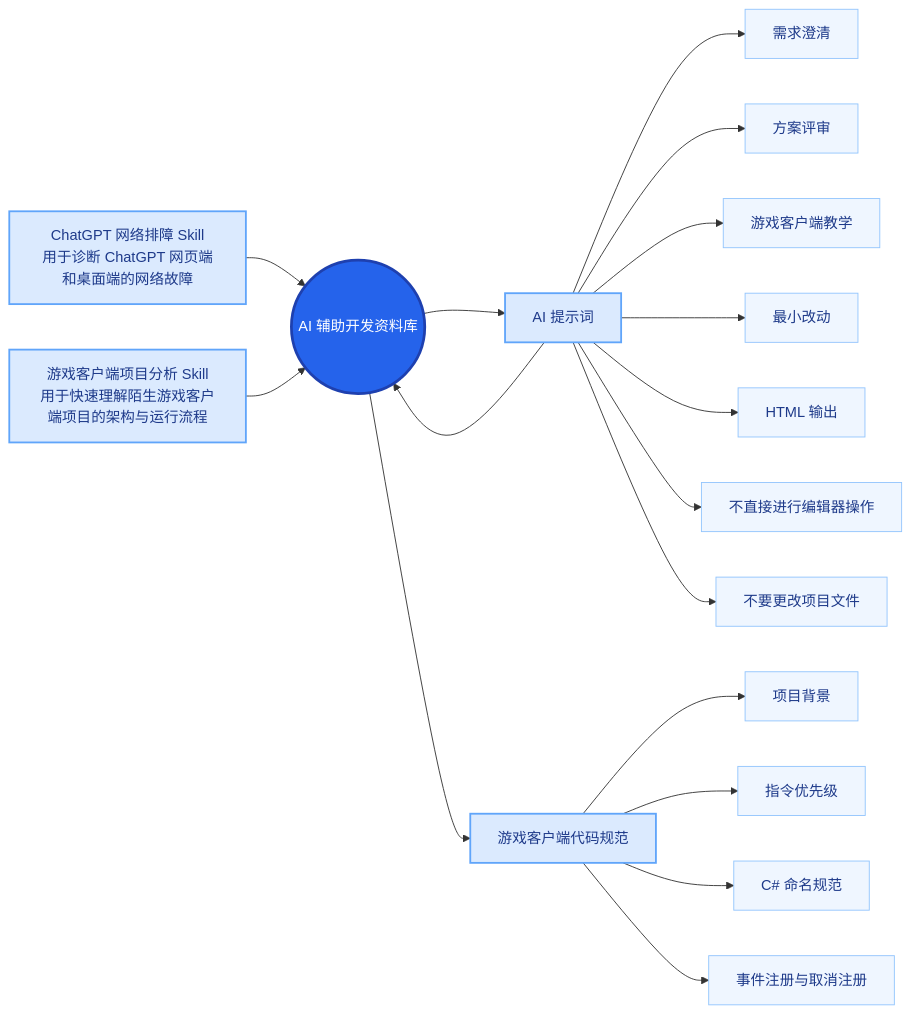
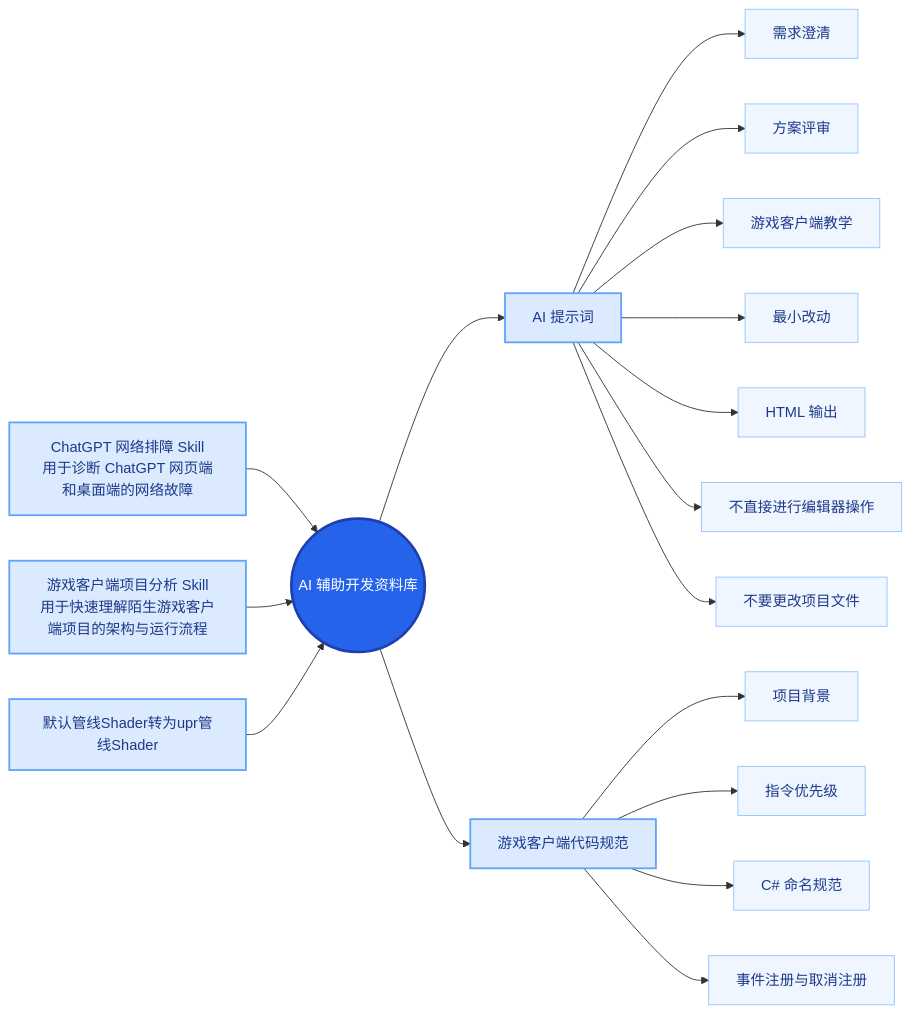
One commit to Amolao/MySkill changed the diagram in README.md. Above: the diagram before and after it, drawn with Mermaid.

````diff
--- a/README.md
+++ b/README.md
@@ -4,35 +4,35 @@
 ```mermaid
 flowchart LR
     %% 左侧分支
     A[ChatGPT 网络排障 Skill<br/>用于诊断 ChatGPT 网页端和桌面端的网络故障]
     B[游戏客户端项目分析 Skill<br/>用于快速理解陌生游戏客户端项目的架构与运行流程]
-    C[默认管线Shader转为upr管线Shader]
+    E[默认管线Shader转为upr管线Shader]
 
     A --> R((AI 辅助开发资料库))
     B --> R
-    C --> R
+    E --> R
 
     %% 右侧分支
     R --> C[AI 提示词]
     C --> C1[需求澄清]
     C --> C2[方案评审]
     C --> C3[游戏客户端教学]
     C --> C4[最小改动]
     C --> C5[HTML 输出]
     C --> C6[不直接进行编辑器操作]
     C --> C7[不要更改项目文件]
 
     R --> D[游戏客户端代码规范]
     D --> D1[项目背景]
     D --> D2[指令优先级]
     D --> D3[C# 命名规范]
     D --> D4[事件注册与取消注册]
 
     classDef root fill:#2563eb,color:#fff,stroke:#1e40af,stroke-width:3px;
     classDef branch fill:#dbeafe,color:#1e3a8a,stroke:#60a5fa,stroke-width:2px;
     classDef item fill:#eff6ff,color:#1e3a8a,stroke:#93c5fd;
 
     class R root;
-    class A,B,C,D branch;
+    class A,B,C,D,E branch;
     class C1,C2,C3,C4,C5,C6,C7,D1,D2,D3,D4 item;
 ```
````
